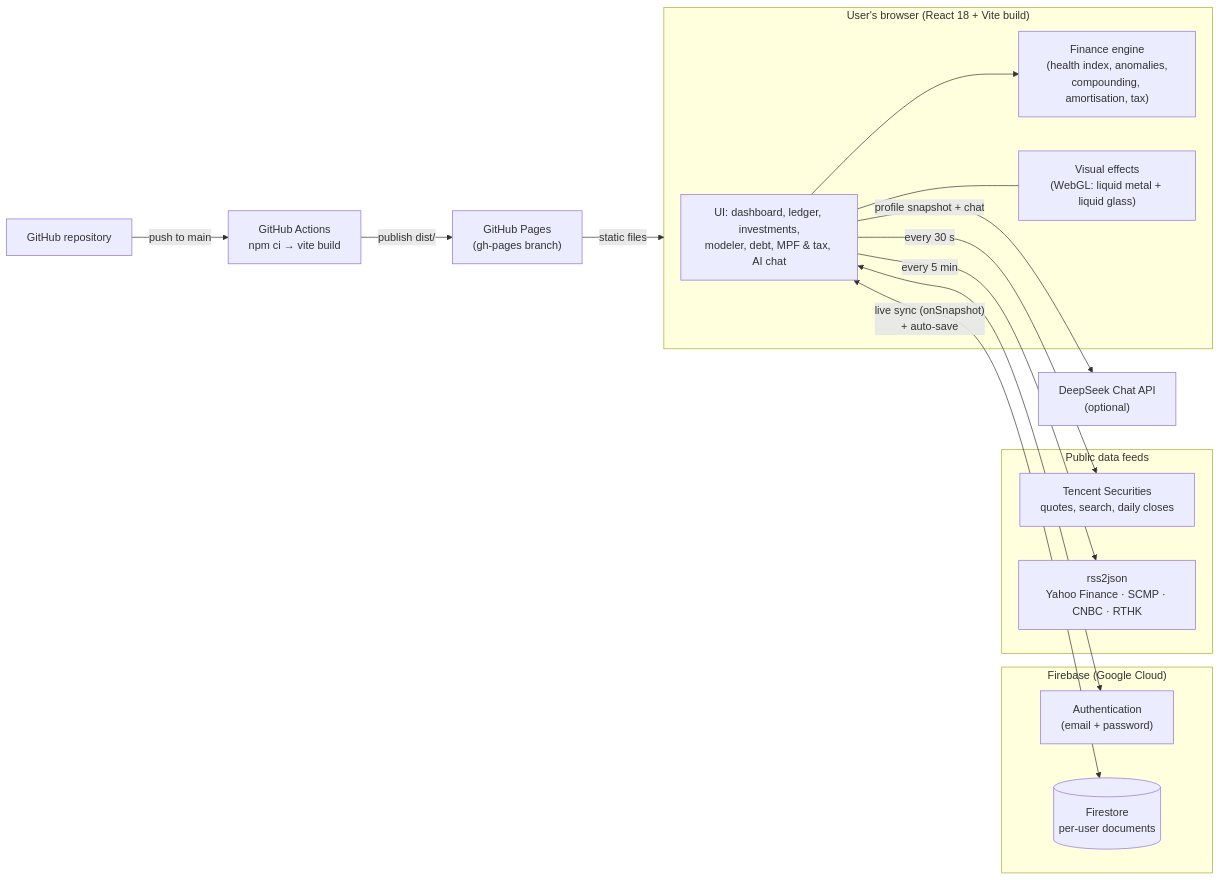
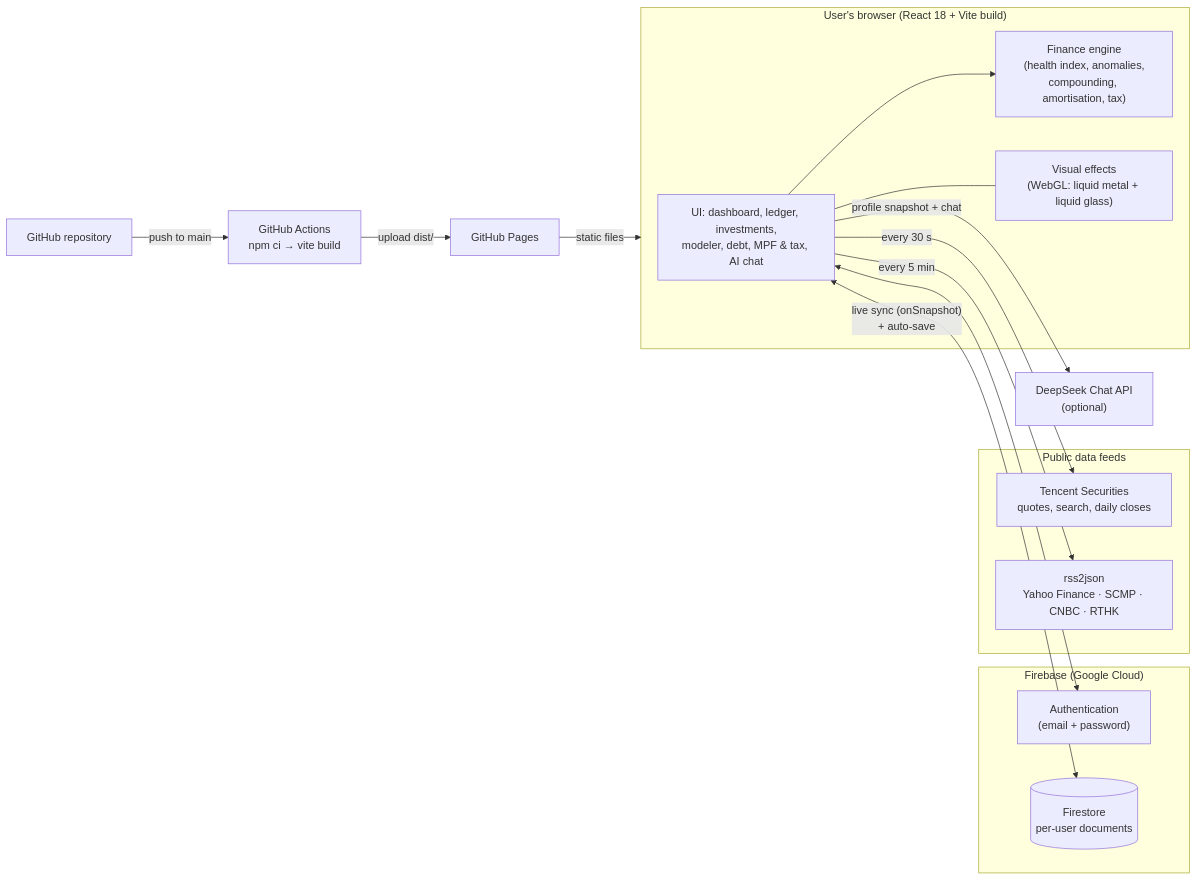
The first of 5 diagrams in README.md (YukiLambo/AFA), drawn with Mermaid before and after one commit. The commit also changed other lines of this file and 6 other files, not shown here.

````diff
--- a/README.md
+++ b/README.md
@@ -90,32 +90,32 @@
 ```mermaid
 flowchart LR
   subgraph Browser["User's browser (React 18 + Vite build)"]
     UI["UI: dashboard, ledger, investments,<br/>modeler, debt, MPF & tax, AI chat"]
     ENG["Finance engine<br/>(health index, anomalies,<br/>compounding, amortisation, tax)"]
     FX["Visual effects<br/>(WebGL: liquid metal + liquid glass)"]
     UI --> ENG
     UI --- FX
   end
 
   subgraph Firebase["Firebase (Google Cloud)"]
     AUTH["Authentication<br/>(email + password)"]
     DB[("Firestore<br/>per-user documents")]
   end
 
   subgraph Feeds["Public data feeds"]
     QT["Tencent Securities<br/>quotes, search, daily closes"]
     RSS["rss2json<br/>Yahoo Finance · SCMP · CNBC · RTHK"]
   end
 
   AI["DeepSeek Chat API<br/>(optional)"]
 
   UI <--> AUTH
   UI <-->|"live sync (onSnapshot)<br/>+ auto-save"| DB
   UI -->|"every 30 s"| QT
   UI -->|"every 5 min"| RSS
   UI -->|"profile snapshot + chat"| AI
 
   GH["GitHub repository"] -->|"push to main"| CI["GitHub Actions<br/>npm ci → vite build"]
-  CI -->|"publish dist/"| PAGES["GitHub Pages<br/>(gh-pages branch)"]
+  CI -->|"upload dist/"| PAGES["GitHub Pages"]
   PAGES -->|"static files"| Browser
 ```
````
